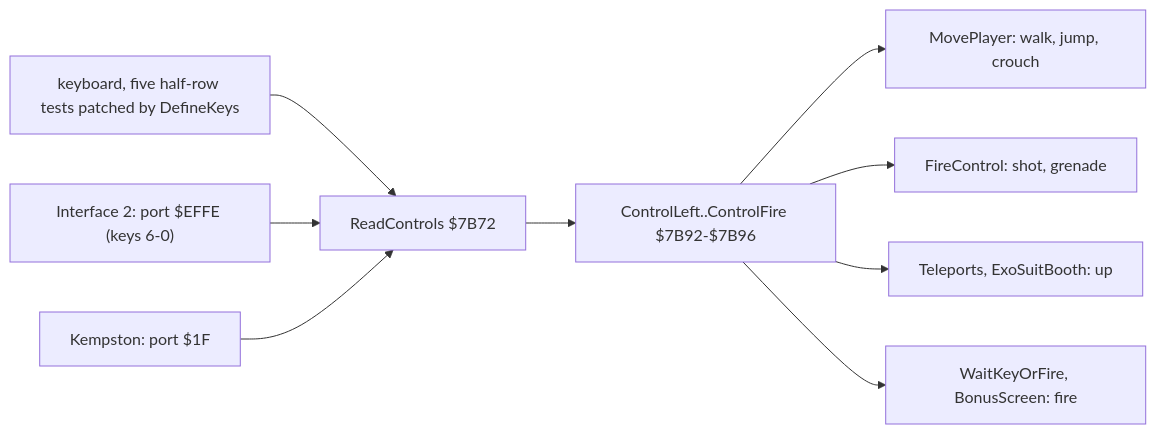
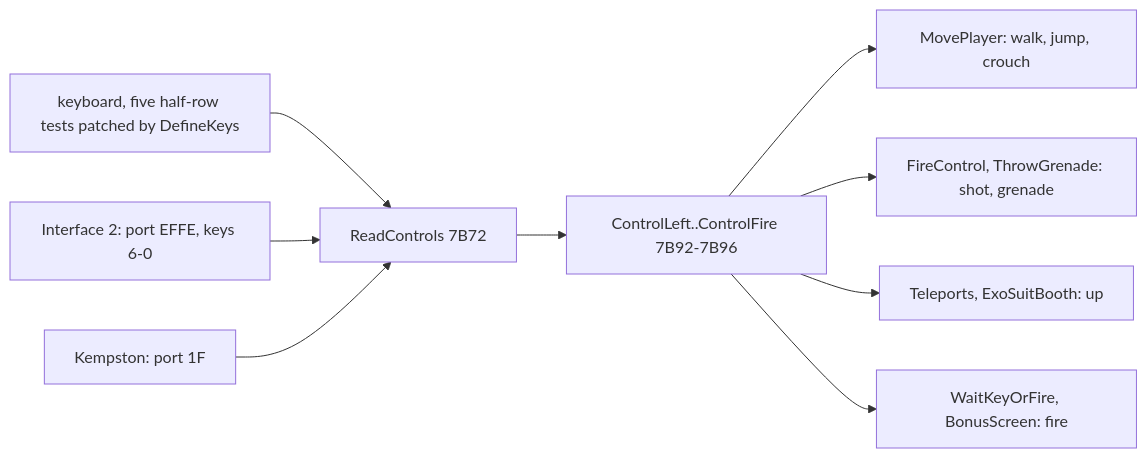
Before and after one commit to alfishe/unrealng-reverse-cases: the first of 5 diagrams in games/exolon/docs/05-controls.md, drawn with Mermaid. The commit also changed other lines of this file and 116 other files, not shown here.

````diff
--- a/games/exolon/docs/05-controls.md
+++ b/games/exolon/docs/05-controls.md
@@ -80,11 +145,11 @@
 ```mermaid
 flowchart LR
-  K["keyboard, five half-row tests patched by DefineKeys"] --> RC["ReadControls $7B72"]
-  I2["Interface 2: port $EFFE (keys 6-0)"] --> RC
-  KJ["Kempston: port $1F"] --> RC
-  RC --> CB["ControlLeft..ControlFire $7B92-$7B96"]
+  K["keyboard, five half-row tests patched by DefineKeys"] --> RC["ReadControls 7B72"]
+  I2["Interface 2: port EFFE, keys 6-0"] --> RC
+  KJ["Kempston: port 1F"] --> RC
+  RC --> CB["ControlLeft..ControlFire 7B92-7B96"]
   CB --> MP["MovePlayer: walk, jump, crouch"]
-  CB --> FC["FireControl: shot, grenade"]
+  CB --> FC["FireControl, ThrowGrenade: shot, grenade"]
   CB --> BO["Teleports, ExoSuitBooth: up"]
   CB --> WK["WaitKeyOrFire, BonusScreen: fire"]
 ```
````
